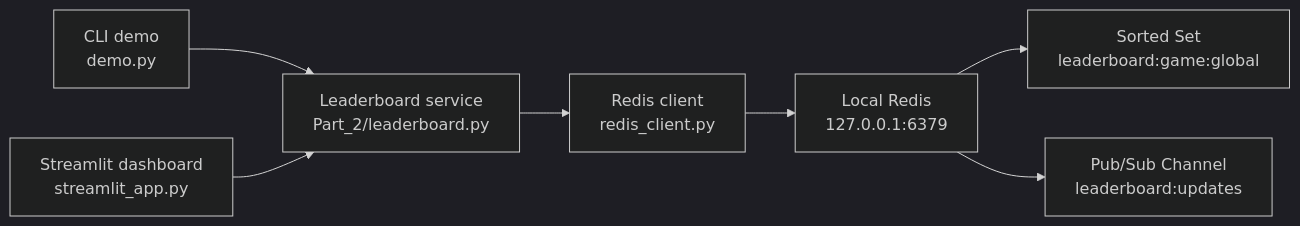
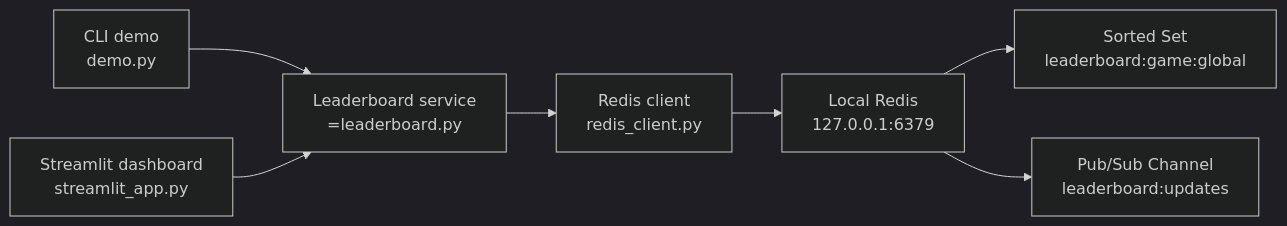
The diagram in README-Part2.md (Abhishek-Jaiswal-Git/redis), drawn with Mermaid (dark theme) before and after one commit.

Commit message:
Added main Readme.md

````diff
--- a/README-Part2.md
+++ b/README-Part2.md
@@ -7,9 +7,9 @@
 ```mermaid
 flowchart LR
-    A["CLI demo<br/>demo.py"] --> C["Leaderboard service<br/>Part_2/leaderboard.py"]
+    A["CLI demo<br/>demo.py"] --> C["Leaderboard service<br/>=leaderboard.py"]
     B["Streamlit dashboard<br/>streamlit_app.py"] --> C
     C --> D["Redis client<br/>redis_client.py"]
     D --> E["Local Redis<br/>127.0.0.1:6379"]
     E --> F["Sorted Set<br/>leaderboard:game:global"]
     E --> G["Pub/Sub Channel<br/>leaderboard:updates"]
 ```
````
